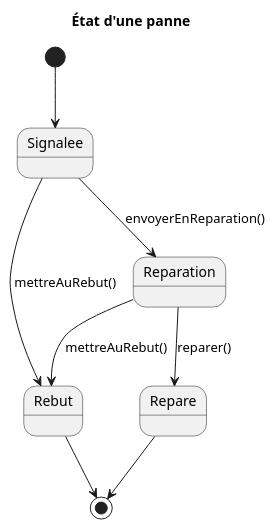
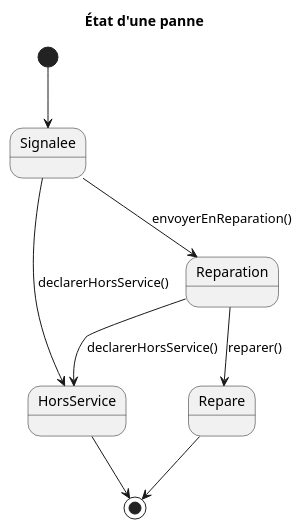
One commit to Hugo-COLLIN/MIAGE_CSI_NauticalClub changed the diagram in docs/1-analysis/stateDiagrams/breakdownStateDiagram.puml. Above: the diagram before and after it, drawn with PlantUML. The commit also changed 1 other file, not shown here.

```diff
--- a/docs/1-analysis/stateDiagrams/breakdownStateDiagram.puml
+++ b/docs/1-analysis/stateDiagrams/breakdownStateDiagram.puml
@@ -1,11 +1,11 @@
 @startuml
     title État d'une panne
 
     [*] --> Signalee
-    Signalee --> Rebut: mettreAuRebut()
+    Signalee --> HorsService: declarerHorsService()
     Signalee --> Reparation: envoyerEnReparation()
     Reparation --> Repare: reparer()
-    Reparation --> Rebut: mettreAuRebut()
+    Reparation --> HorsService: declarerHorsService()
     Repare --> [*]
-    Rebut --> [*]
+    HorsService --> [*]
 @enduml
```
